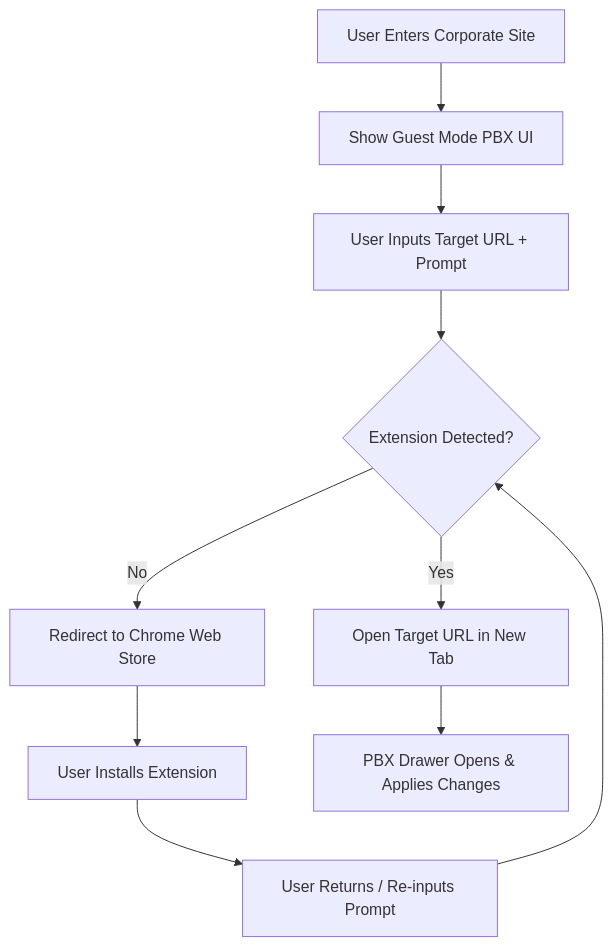
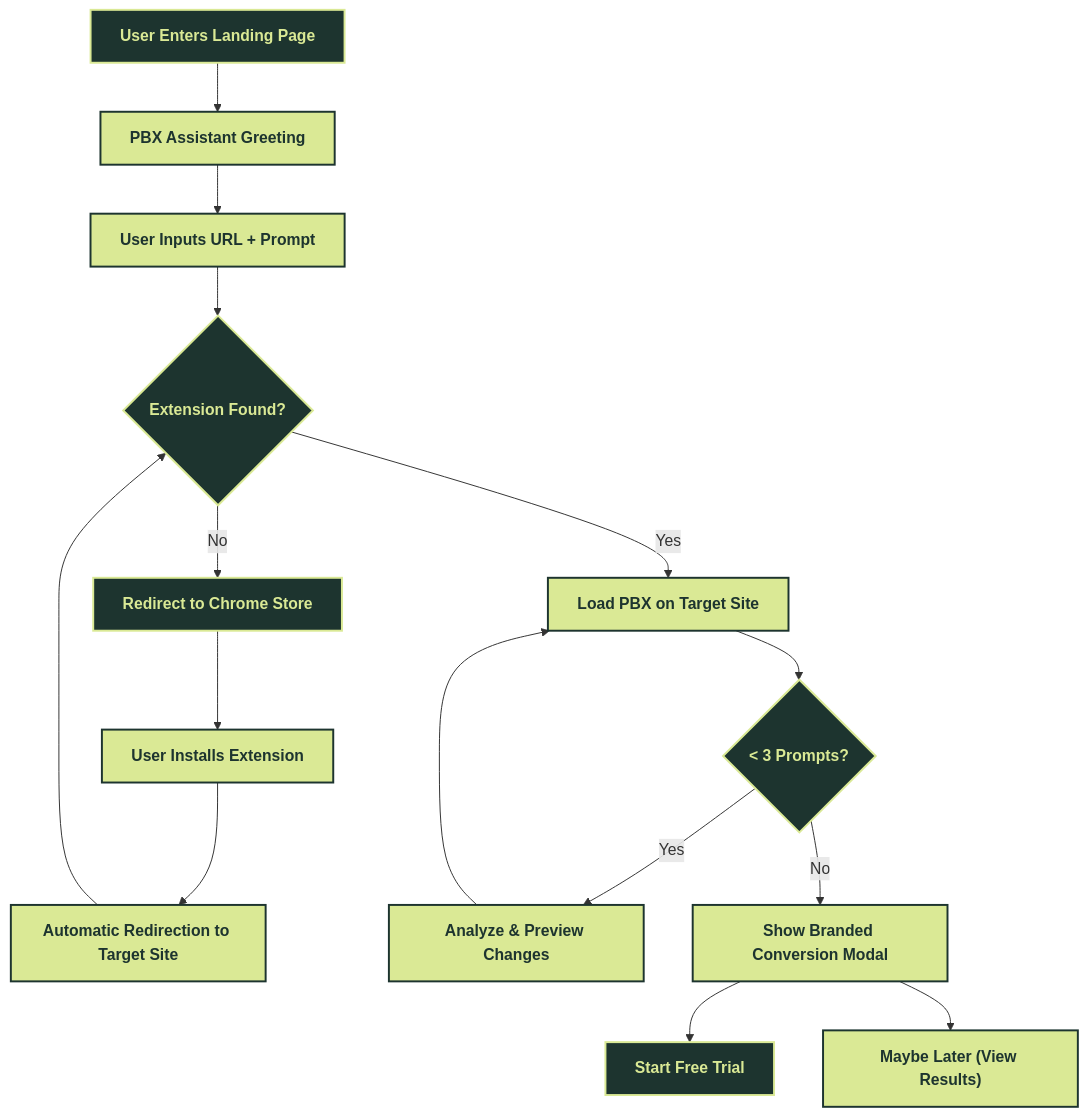
The diagram in guest-mode-v2/guest_mode_flow.md (junaid-kameleoon/prototypes), drawn with Mermaid before and after one commit. The commit also changed other lines of this file and 1 other file, not shown here.

Commit message:
docs: added local branded SVG flowchart

````diff
--- a/guest-mode-v2/guest_mode_flow.md
+++ b/guest-mode-v2/guest_mode_flow.md
@@ -7,14 +9,27 @@
 ```mermaid
 flowchart TD
-    Start["User Enters Corporate Site"] --> ShowUI["Show Guest Mode PBX UI"]
-    ShowUI --> InputURL["User Inputs Target URL + Prompt"]
-    InputURL --> CheckExt{"Extension Detected?"}
+    %% Nodes
+    Start["User Enters Landing Page"]:::dark --> PBX_Init["PBX Assistant Greeting"]:::lime
+    PBX_Init --> Input["User Inputs URL + Prompt"]:::lime
+    Input --> ExtCheck{Extension Found?}:::dark
     
-    CheckExt -- "No" --> Store["Redirect to Chrome Web Store"]
-    Store --> Install["User Installs Extension"]
-    Install --> Return["User Returns / Re-inputs Prompt"]
-    Return --> CheckExt
+    %% Extension Path
+    ExtCheck -- "No" --> CWS["Redirect to Chrome Store"]:::dark
+    CWS --> Install["User Installs Extension"]:::lime
+    Install --> AutoRedirect["Automatic Redirection to Target Site"]:::lime
+    AutoRedirect --> ExtCheck
     
-    CheckExt -- "Yes" --> NewTab["Open Target URL in New Tab"]
-    NewTab --> ApplySuccess["PBX Drawer Opens & Applies Changes"]
+    %% Usage Path
+    ExtCheck -- "Yes" --> TargetSite["Load PBX on Target Site"]:::lime
+    TargetSite --> Prompts{< 3 Prompts?}:::dark
+    Prompts -- "Yes" --> Process["Analyze & Preview Changes"]:::lime
+    Process --> TargetSite
+    
+    Prompts -- "No" --> ConvModal["Show Branded Conversion Modal"]:::lime
+    ConvModal --> Trial["Start Free Trial"]:::dark
+    ConvModal --> Later["Maybe Later (View Results)"]:::lime
+
+    %% Styling
+    classDef lime fill:#DAE995,stroke:#1D342F,stroke-width:2px,color:#1D342F,font-weight:bold
+    classDef dark fill:#1D342F,stroke:#DAE995,stroke-width:2px,color:#DAE995,font-weight:bold
 ```
````
